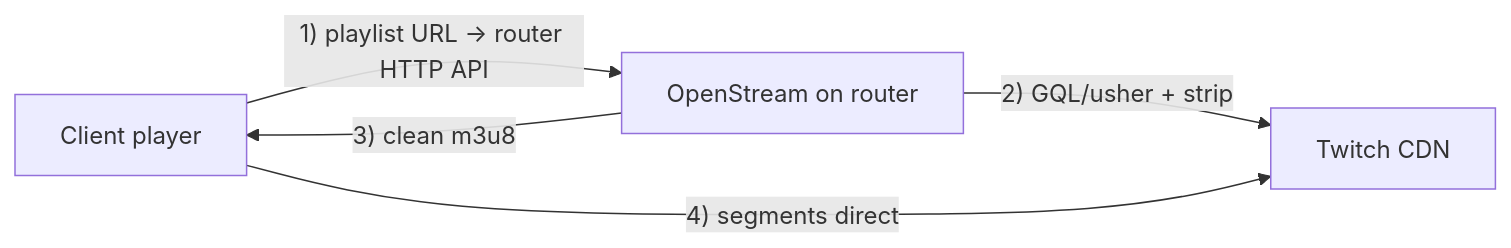
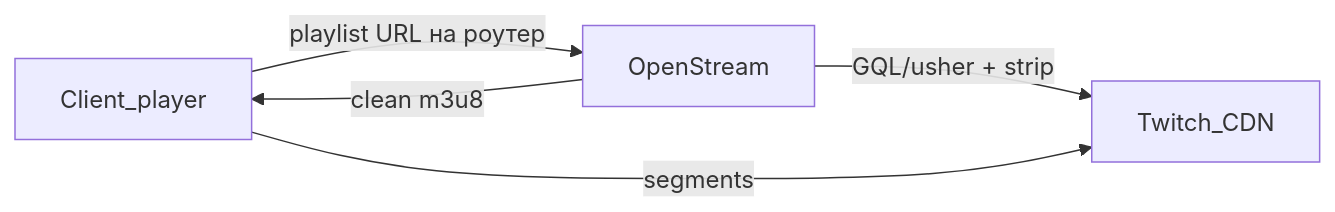
Before and after one commit to denis-ershov/OpenStream-Engine: the second of 3 diagrams in docs/ROADMAP.md, drawn with Mermaid. The commit also changed other lines of this file and 9 other files, not shown here.

````diff
--- a/docs/ROADMAP.md
+++ b/docs/ROADMAP.md
@@ -30,10 +63,10 @@
 ```mermaid
 flowchart LR
-  client[Client player]
-  ose[OpenStream on router]
-  cdn[Twitch CDN]
-  client -->|"1) playlist URL → router HTTP API"| ose
-  ose -->|"2) GQL/usher + strip"| cdn
-  ose -->|"3) clean m3u8"| client
-  client -->|"4) segments direct"| cdn
+  client[Client_player]
+  ose[OpenStream]
+  cdn[Twitch_CDN]
+  client -->|"playlist URL на роутер"| ose
+  ose -->|"GQL/usher + strip"| cdn
+  ose -->|"clean m3u8"| client
+  client -->|"segments"| cdn
 ```
````
